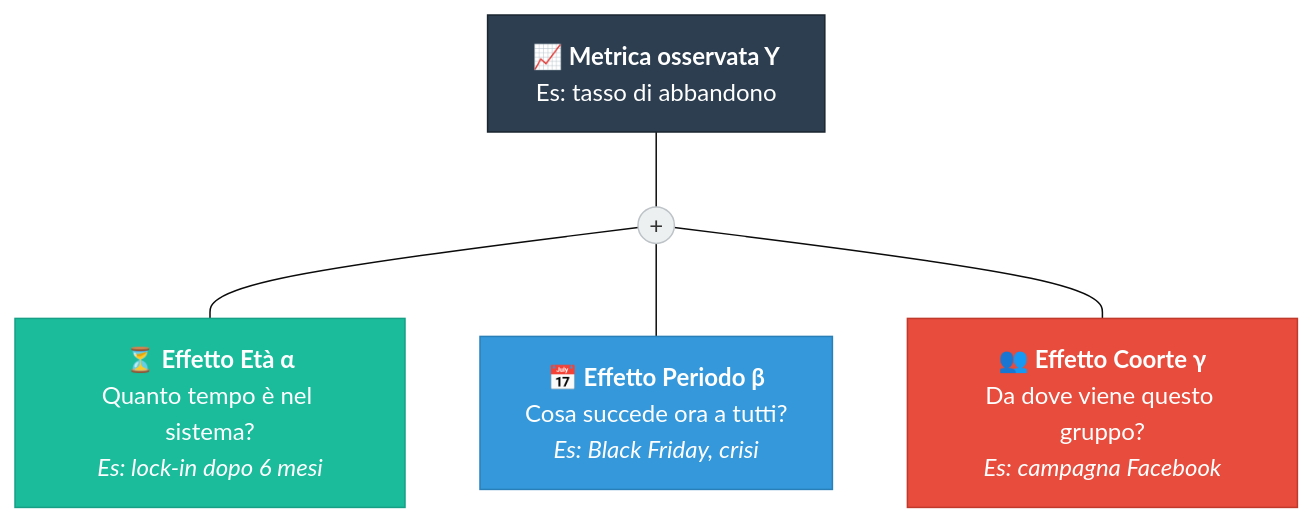
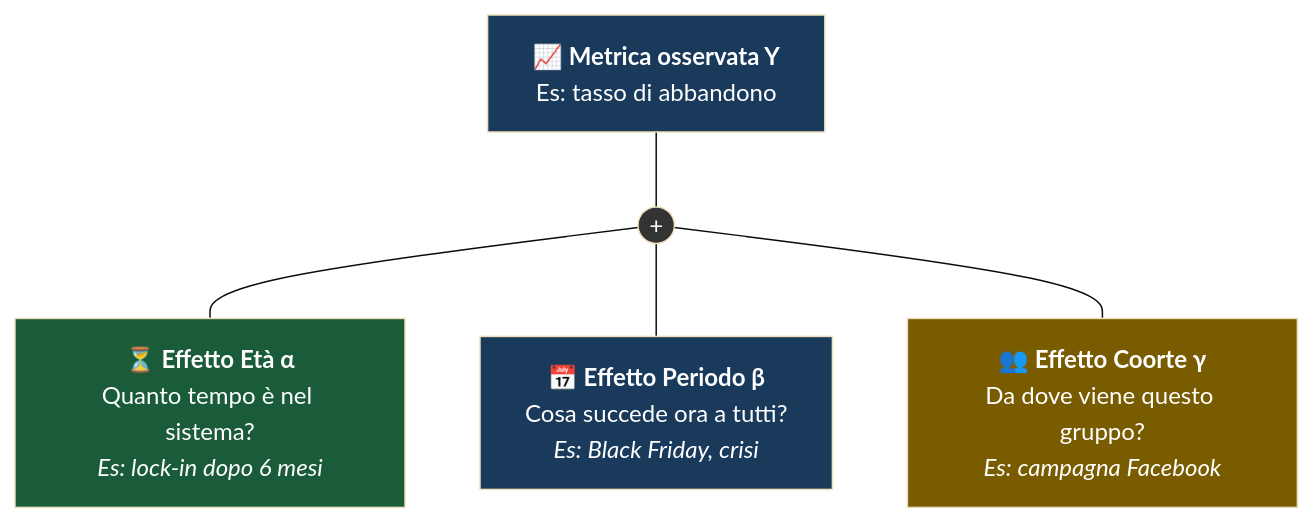
Before and after one commit to AndreyBertasini/gynnitech: the fifth of 12 diagrams in src/content/corso/analisi-prodotto/analisi-coorte.mdx, drawn with Mermaid (base theme). The commit also changed other lines of this file and 21 other files, not shown here.

First line of the commit message:
style: applica color scheme semantico a tutti i diagrammi Mermaid del corso

````diff
--- a/src/content/corso/analisi-prodotto/analisi-coorte.mdx
+++ b/src/content/corso/analisi-prodotto/analisi-coorte.mdx
@@ -138,12 +145,12 @@
 ```mermaid
 graph TB
     Y["📈 <b>Metrica osservata Y</b><br/>Es: tasso di abbandono"] --- SUM((" + "))
     SUM --- AGE["⏳ <b>Effetto Età α</b><br/>Quanto tempo è nel sistema?<br/><i>Es: lock-in dopo 6 mesi</i>"]
     SUM --- PER["📅 <b>Effetto Periodo β</b><br/>Cosa succede ora a tutti?<br/><i>Es: Black Friday, crisi</i>"]
     SUM --- COH["👥 <b>Effetto Coorte γ</b><br/>Da dove viene questo gruppo?<br/><i>Es: campagna Facebook</i>"]
-    style Y fill:#2c3e50,stroke:#1a252f,color:#fff
-    style SUM fill:#ecf0f1,stroke:#bdc3c7,color:#333
-    style AGE fill:#1abc9c,stroke:#16a085,color:#fff
-    style PER fill:#3498db,stroke:#2980b9,color:#fff
-    style COH fill:#e74c3c,stroke:#c0392b,color:#fff
+    style Y fill:#1a3a5c,color:#ffffff
+    style SUM fill:#333333,color:#ffffff
+    style AGE fill:#1a5c3a,color:#ffffff
+    style PER fill:#1a3a5c,color:#ffffff
+    style COH fill:#7a5c00,color:#ffffff
 ```
````
